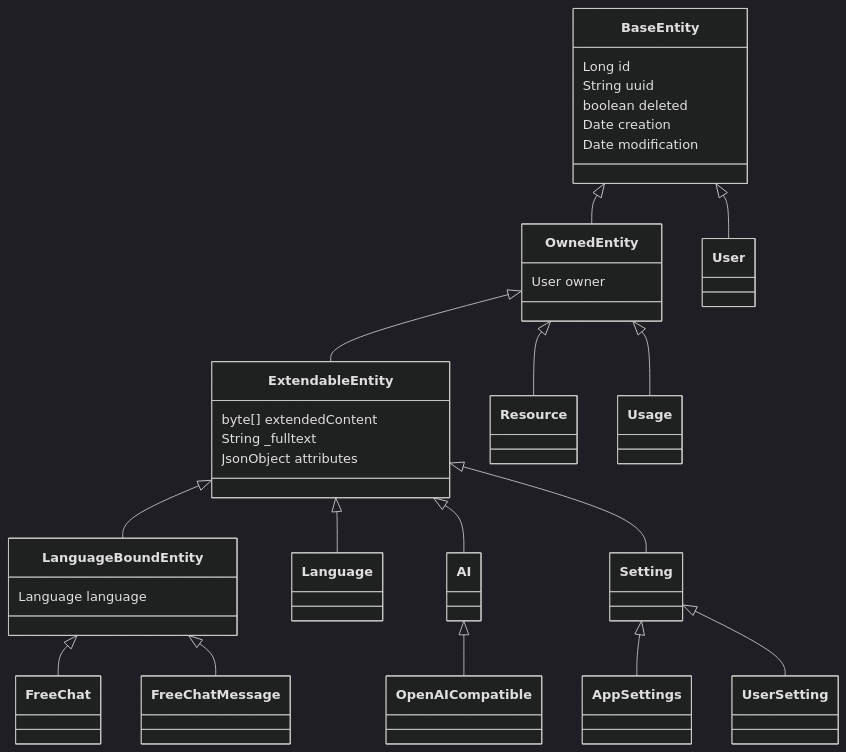
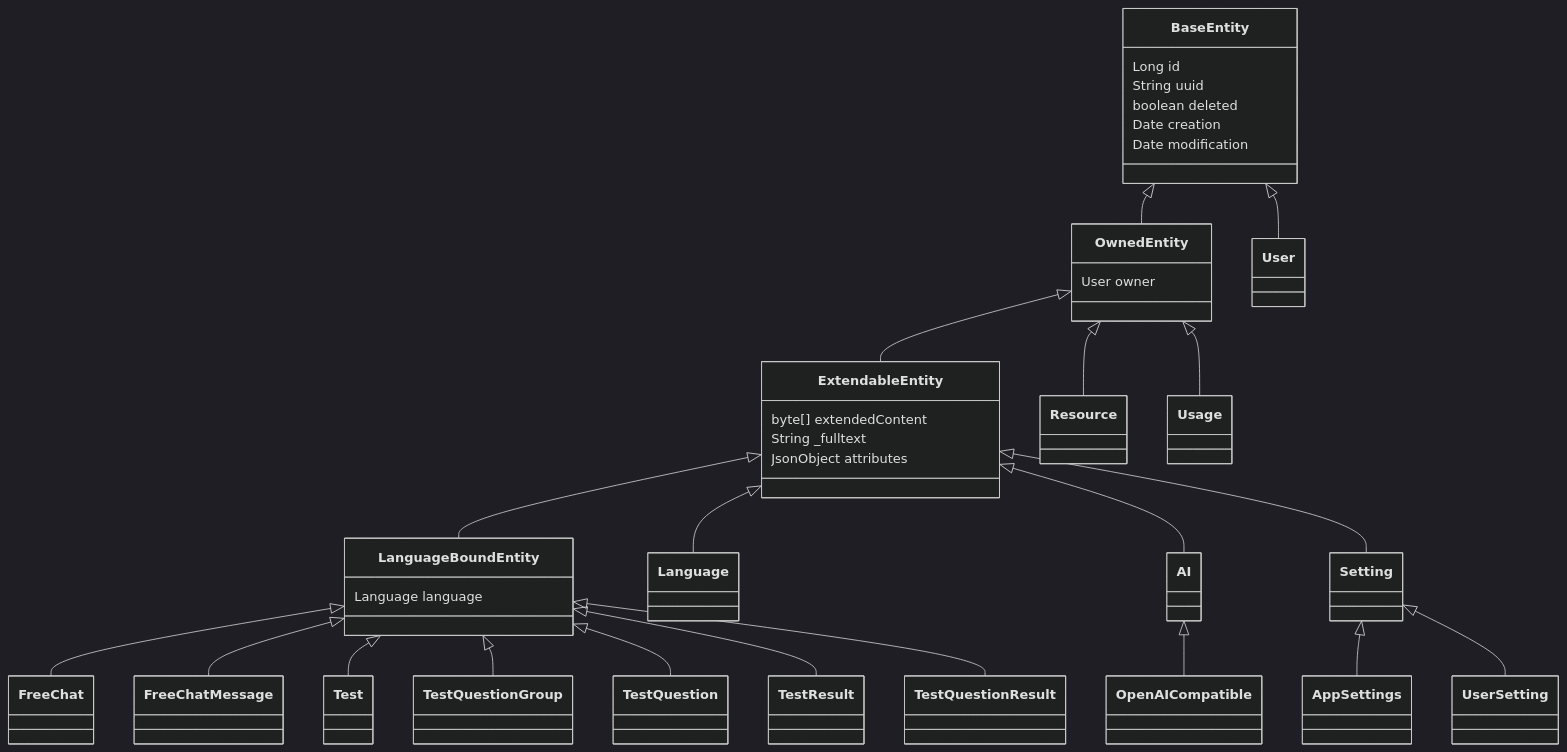
One commit to Enerccio/LingoLLM changed the second of 2 diagrams in docs/developer/domain-model.md. Above: the diagram before and after it, drawn with Mermaid (dark theme). The commit also changed other lines of this file and 98 other files, not shown here.

Commit message:
Add CEFR level descriptors and localization for language profiles, implement level-gauging test generation and handling, introduce question types and metadata annotations, and update related services, models, and documentation.

````diff
--- a/docs/developer/domain-model.md
+++ b/docs/developer/domain-model.md
@@ -50,35 +58,40 @@
 ```mermaid
 classDiagram
     class BaseEntity {
         Long id
         String uuid
         boolean deleted
         Date creation
         Date modification
     }
     class OwnedEntity {
         User owner
     }
     class ExtendableEntity {
         byte[] extendedContent
         String _fulltext
         JsonObject attributes
     }
     class LanguageBoundEntity {
         Language language
     }
     BaseEntity <|-- User
     BaseEntity <|-- OwnedEntity
     OwnedEntity <|-- Resource
     OwnedEntity <|-- ExtendableEntity
     OwnedEntity <|-- Usage
     ExtendableEntity <|-- Language
     ExtendableEntity <|-- LanguageBoundEntity
     ExtendableEntity <|-- AI
     ExtendableEntity <|-- Setting
     LanguageBoundEntity <|-- FreeChat
     LanguageBoundEntity <|-- FreeChatMessage
+    LanguageBoundEntity <|-- Test
+    LanguageBoundEntity <|-- TestQuestionGroup
+    LanguageBoundEntity <|-- TestQuestion
+    LanguageBoundEntity <|-- TestResult
+    LanguageBoundEntity <|-- TestQuestionResult
     AI <|-- OpenAICompatible
     Setting <|-- AppSettings
     Setting <|-- UserSetting
 ```
````
